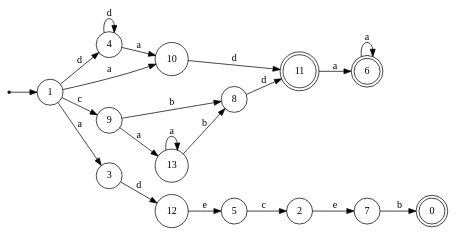
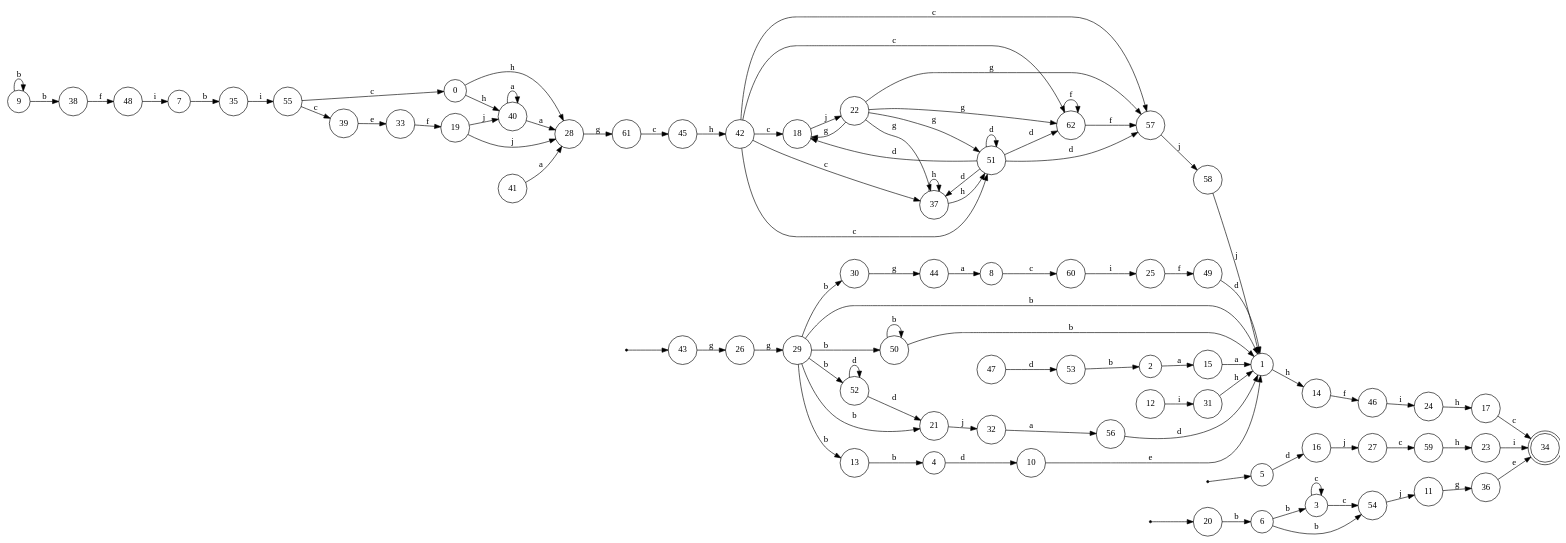
Before and after one commit to LeonardoDeFaveri/NFA-minimization: the diagram in minimized/pre1.gv, drawn with Graphviz. The commit also changed 15 other files, not shown here.

```diff
--- a/minimized/pre1.gv
+++ b/minimized/pre1.gv
@@ -1,39 +1,163 @@
 digraph {
 	rankdir = LR;
 	size = "30,20";
 	node [shape = point]; "dummy0"
-	node [shape = circle]; "1"
-	"dummy0" -> "1";
+	node [shape = circle]; "43"
+	"dummy0" -> "43";
+	node [shape = point]; "dummy1"
+	node [shape = circle]; "5"
+	"dummy1" -> "5";
+	node [shape = point]; "dummy2"
+	node [shape = circle]; "20"
+	"dummy2" -> "20";
+	node [shape = circle]; "12";
+	node [shape = circle]; "60";
+	node [shape = circle]; "42";
+	node [shape = circle]; "24";
+	node [shape = circle]; "18";
 	node [shape = circle]; "7";
-	node [shape = circle]; "8";
+	node [shape = circle]; "23";
+	node [shape = circle]; "61";
+	node [shape = circle]; "1";
+	node [shape = circle]; "58";
+	node [shape = circle]; "50";
+	node [shape = circle]; "15";
+	node [shape = circle]; "25";
+	node [shape = circle]; "29";
+	node [shape = circle]; "27";
+	node [shape = circle]; "47";
+	node [shape = circle]; "55";
 	node [shape = circle]; "9";
+	node [shape = circle]; "44";
+	node [shape = circle]; "49";
+	node [shape = circle]; "53";
+	node [shape = circle]; "0";
+	node [shape = circle]; "39";
 	node [shape = circle]; "10";
-	node [shape = doublecircle]; "11";
-	node [shape = doublecircle]; "0";
-	node [shape = circle]; "12";
+	node [shape = circle]; "4";
+	node [shape = circle]; "21";
+	node [shape = circle]; "38";
+	node [shape = circle]; "52";
+	node [shape = circle]; "45";
+	node [shape = circle]; "48";
 	node [shape = circle]; "13";
 	node [shape = circle]; "2";
+	node [shape = circle]; "17";
+	node [shape = circle]; "16";
+	node [shape = circle]; "37";
+	node [shape = circle]; "51";
 	node [shape = circle]; "3";
-	node [shape = circle]; "4";
-	node [shape = doublecircle]; "6";
-	node [shape = circle]; "5";
-	"3" -> "12" [label = "d"];
-	"1" -> "10" [label = "a"];
-	"1" -> "3" [label = "a"];
-	"1" -> "9" [label = "c"];
-	"1" -> "4" [label = "d"];
-	"6" -> "6" [label = "a"];
-	"13" -> "13" [label = "a"];
-	"13" -> "8" [label = "b"];
-	"11" -> "6" [label = "a"];
-	"12" -> "5" [label = "e"];
-	"8" -> "11" [label = "d"];
-	"10" -> "11" [label = "d"];
-	"4" -> "10" [label = "a"];
-	"4" -> "4" [label = "d"];
-	"7" -> "0" [label = "b"];
-	"2" -> "7" [label = "e"];
-	"9" -> "8" [label = "b"];
-	"9" -> "13" [label = "a"];
-	"5" -> "2" [label = "c"];
+	node [shape = circle]; "57";
+	node [shape = circle]; "30";
+	node [shape = circle]; "8";
+	node [shape = circle]; "14";
+	node [shape = circle]; "22";
+	node [shape = circle]; "32";
+	node [shape = doublecircle]; "34";
+	node [shape = circle]; "36";
+	node [shape = circle]; "56";
+	node [shape = circle]; "59";
+	node [shape = circle]; "6";
+	node [shape = circle]; "62";
+	node [shape = circle]; "26";
+	node [shape = circle]; "35";
+	node [shape = circle]; "28";
+	node [shape = circle]; "31";
+	node [shape = circle]; "19";
+	node [shape = circle]; "11";
+	node [shape = circle]; "40";
+	node [shape = circle]; "33";
+	node [shape = circle]; "46";
+	node [shape = circle]; "54";
+	node [shape = circle]; "41";
+	"38" -> "48" [label = "f"];
+	"60" -> "25" [label = "i"];
+	"61" -> "45" [label = "c"];
+	"15" -> "1" [label = "a"];
+	"21" -> "32" [label = "j"];
+	"41" -> "28" [label = "a"];
+	"44" -> "8" [label = "a"];
+	"39" -> "33" [label = "e"];
+	"52" -> "52" [label = "d"];
+	"52" -> "21" [label = "d"];
+	"26" -> "29" [label = "g"];
+	"57" -> "58" [label = "j"];
+	"27" -> "59" [label = "c"];
+	"20" -> "6" [label = "b"];
+	"17" -> "34" [label = "c"];
+	"40" -> "40" [label = "a"];
+	"40" -> "28" [label = "a"];
+	"2" -> "15" [label = "a"];
+	"12" -> "31" [label = "i"];
+	"29" -> "30" [label = "b"];
+	"29" -> "13" [label = "b"];
+	"29" -> "50" [label = "b"];
+	"29" -> "1" [label = "b"];
+	"29" -> "21" [label = "b"];
+	"29" -> "52" [label = "b"];
+	"37" -> "51" [label = "h"];
+	"37" -> "37" [label = "h"];
+	"35" -> "55" [label = "i"];
+	"46" -> "24" [label = "i"];
+	"42" -> "18" [label = "c"];
+	"42" -> "62" [label = "c"];
+	"42" -> "57" [label = "c"];
+	"42" -> "37" [label = "c"];
+	"42" -> "51" [label = "c"];
+	"9" -> "9" [label = "b"];
+	"9" -> "38" [label = "b"];
+	"53" -> "2" [label = "b"];
+	"7" -> "35" [label = "b"];
+	"45" -> "42" [label = "h"];
+	"8" -> "60" [label = "c"];
+	"36" -> "34" [label = "e"];
+	"23" -> "34" [label = "i"];
+	"18" -> "22" [label = "j"];
+	"33" -> "19" [label = "f"];
+	"10" -> "1" [label = "e"];
+	"47" -> "53" [label = "d"];
+	"48" -> "7" [label = "i"];
+	"51" -> "18" [label = "d"];
+	"51" -> "37" [label = "d"];
+	"51" -> "57" [label = "d"];
+	"51" -> "51" [label = "d"];
+	"51" -> "62" [label = "d"];
+	"59" -> "23" [label = "h"];
+	"0" -> "28" [label = "h"];
+	"0" -> "40" [label = "h"];
+	"4" -> "10" [label = "d"];
+	"25" -> "49" [label = "f"];
+	"14" -> "46" [label = "f"];
+	"11" -> "36" [label = "g"];
+	"54" -> "11" [label = "j"];
+	"58" -> "1" [label = "j"];
+	"5" -> "16" [label = "d"];
+	"30" -> "44" [label = "g"];
+	"49" -> "1" [label = "d"];
+	"22" -> "18" [label = "g"];
+	"22" -> "57" [label = "g"];
+	"22" -> "62" [label = "g"];
+	"22" -> "37" [label = "g"];
+	"22" -> "51" [label = "g"];
+	"16" -> "27" [label = "j"];
+	"43" -> "26" [label = "g"];
+	"32" -> "56" [label = "a"];
+	"28" -> "61" [label = "g"];
+	"24" -> "17" [label = "h"];
+	"55" -> "0" [label = "c"];
+	"55" -> "39" [label = "c"];
+	"62" -> "62" [label = "f"];
+	"62" -> "57" [label = "f"];
+	"13" -> "4" [label = "b"];
+	"3" -> "3" [label = "c"];
+	"3" -> "54" [label = "c"];
+	"31" -> "1" [label = "h"];
+	"19" -> "40" [label = "j"];
+	"19" -> "28" [label = "j"];
+	"56" -> "1" [label = "d"];
+	"1" -> "14" [label = "h"];
+	"50" -> "50" [label = "b"];
+	"50" -> "1" [label = "b"];
+	"6" -> "3" [label = "b"];
+	"6" -> "54" [label = "b"];
 }
```
